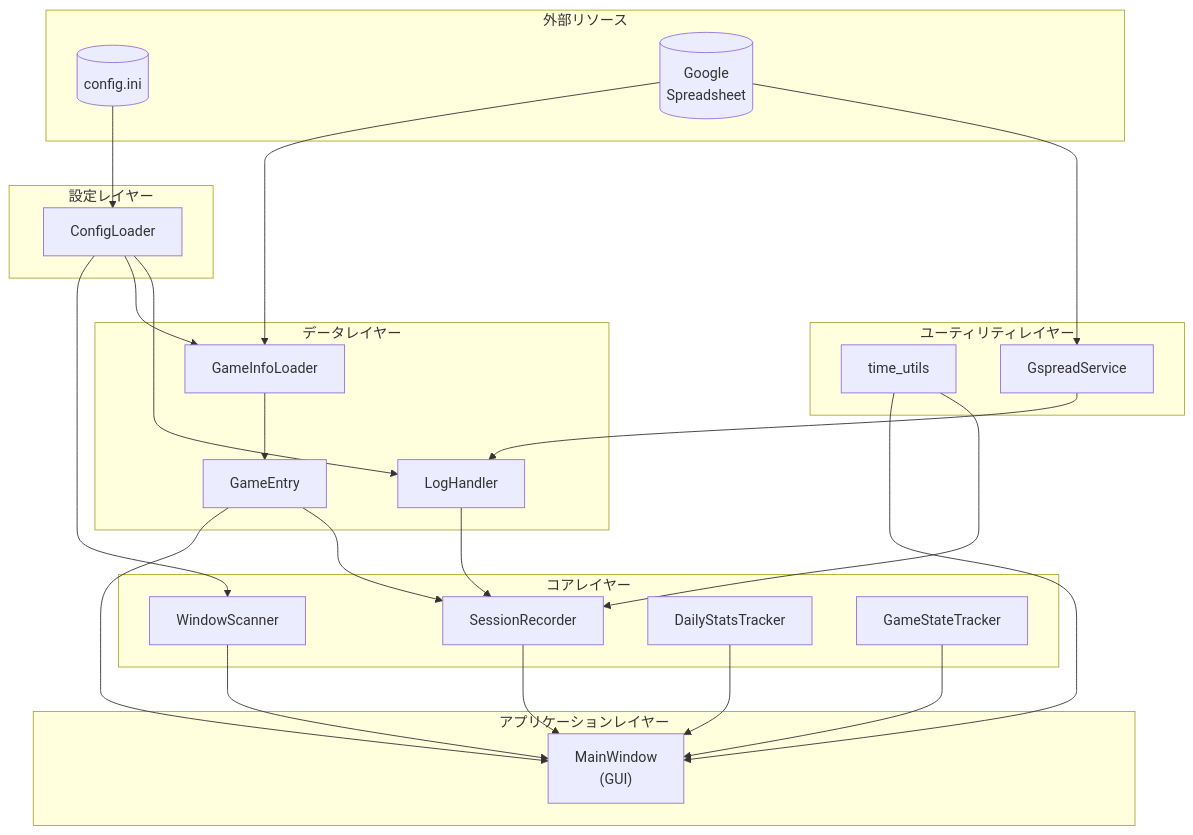
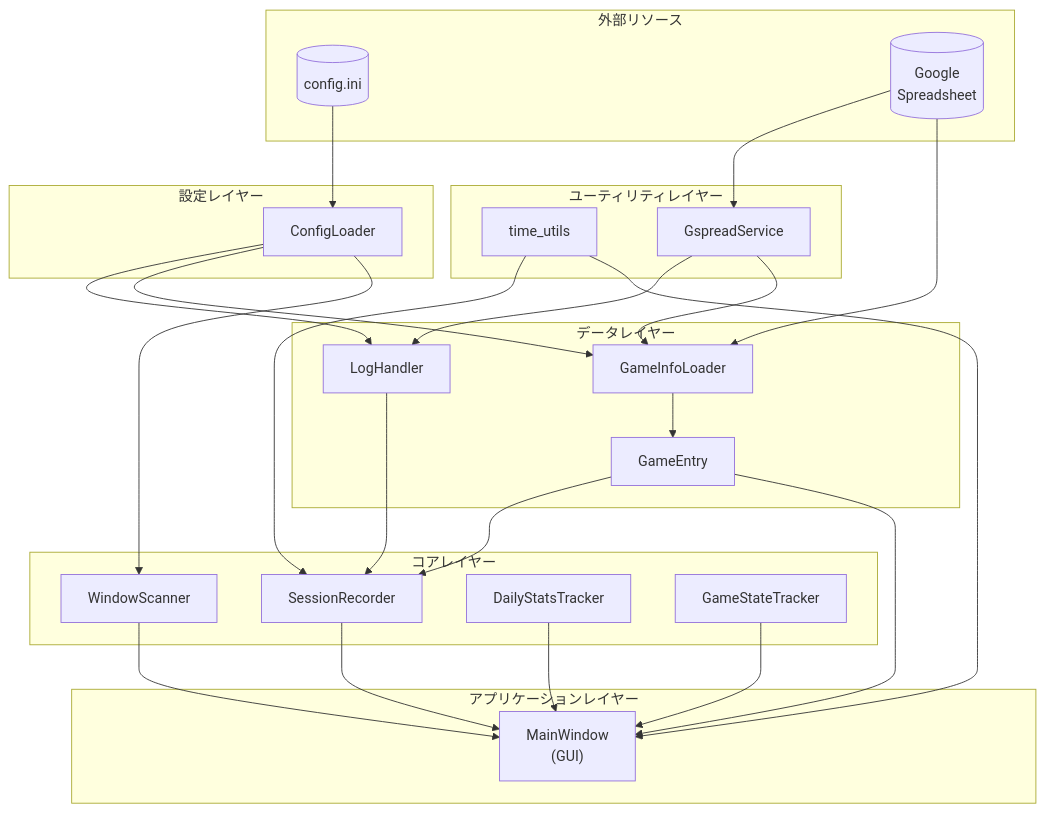
One commit to ynanigashi/game_time_tracker changed the second of 3 diagrams in SPEC.md. Above: the diagram before and after it, drawn with Mermaid. The commit also changed other lines of this file and 13 other files, not shown here.

````diff
--- a/SPEC.md
+++ b/SPEC.md
@@ -208,54 +210,55 @@
 ```mermaid
 flowchart TB
     subgraph External["外部リソース"]
         ConfigFile[("config.ini")]
         Spreadsheet[("Google\nSpreadsheet")]
     end
 
     subgraph ConfigLayer["設定レイヤー"]
         ConfigLoader
     end
 
     subgraph UtilLayer["ユーティリティレイヤー"]
         TimeUtils["time_utils"]
         GspreadService
     end
 
     subgraph DataLayer["データレイヤー"]
         LogHandler
         GameInfoLoader
         GameEntry
     end
 
     subgraph CoreLayer["コアレイヤー"]
         WindowScanner
         SessionRecorder
         DailyStatsTracker
         GameStateTracker
     end
 
     subgraph AppLayer["アプリケーションレイヤー"]
         MainWindow["MainWindow\n(GUI)"]
     end
 
     ConfigFile --> ConfigLoader
     Spreadsheet --> GspreadService
 
     GspreadService --> LogHandler
+    GspreadService --> GameInfoLoader
     ConfigLoader --> LogHandler
     ConfigLoader --> GameInfoLoader
     ConfigLoader --> WindowScanner
 
     Spreadsheet --> GameInfoLoader
     GameInfoLoader --> GameEntry
     LogHandler --> SessionRecorder
     GameEntry --> SessionRecorder
     TimeUtils --> SessionRecorder
     TimeUtils --> MainWindow
 
     WindowScanner --> MainWindow
     SessionRecorder --> MainWindow
     GameEntry --> MainWindow
     DailyStatsTracker --> MainWindow
     GameStateTracker --> MainWindow
 ```
````
